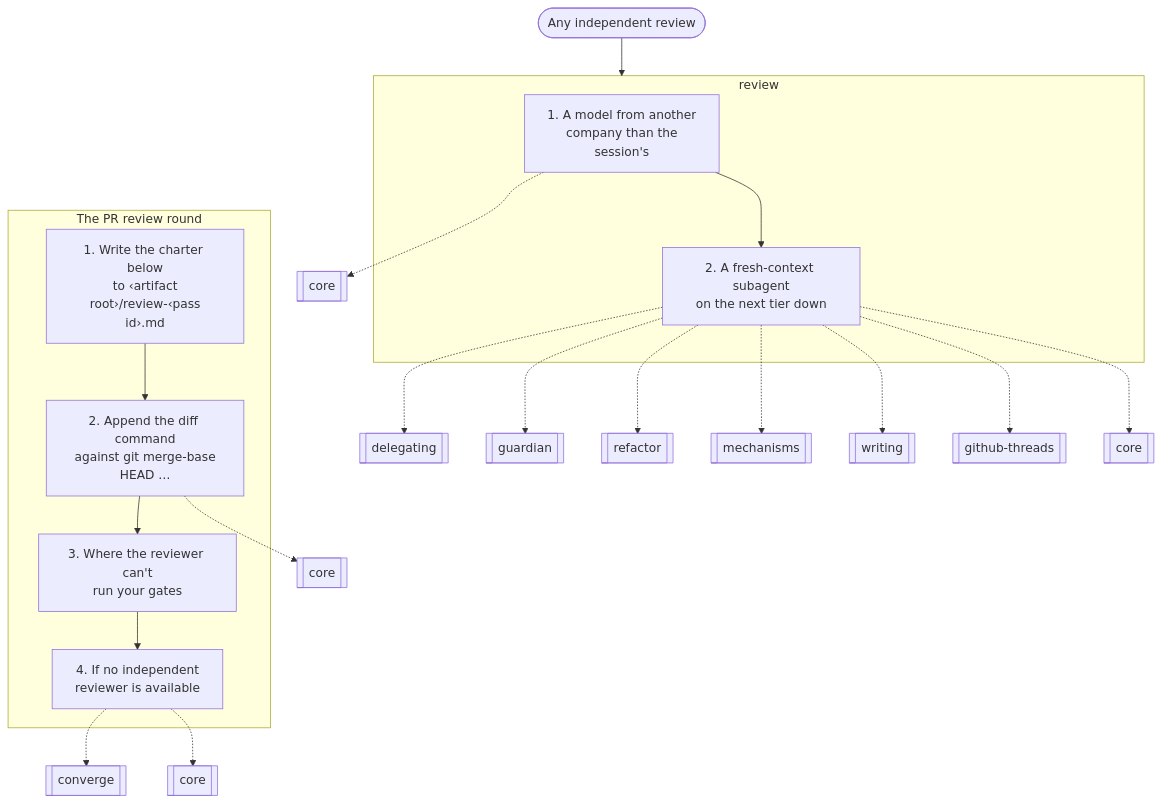
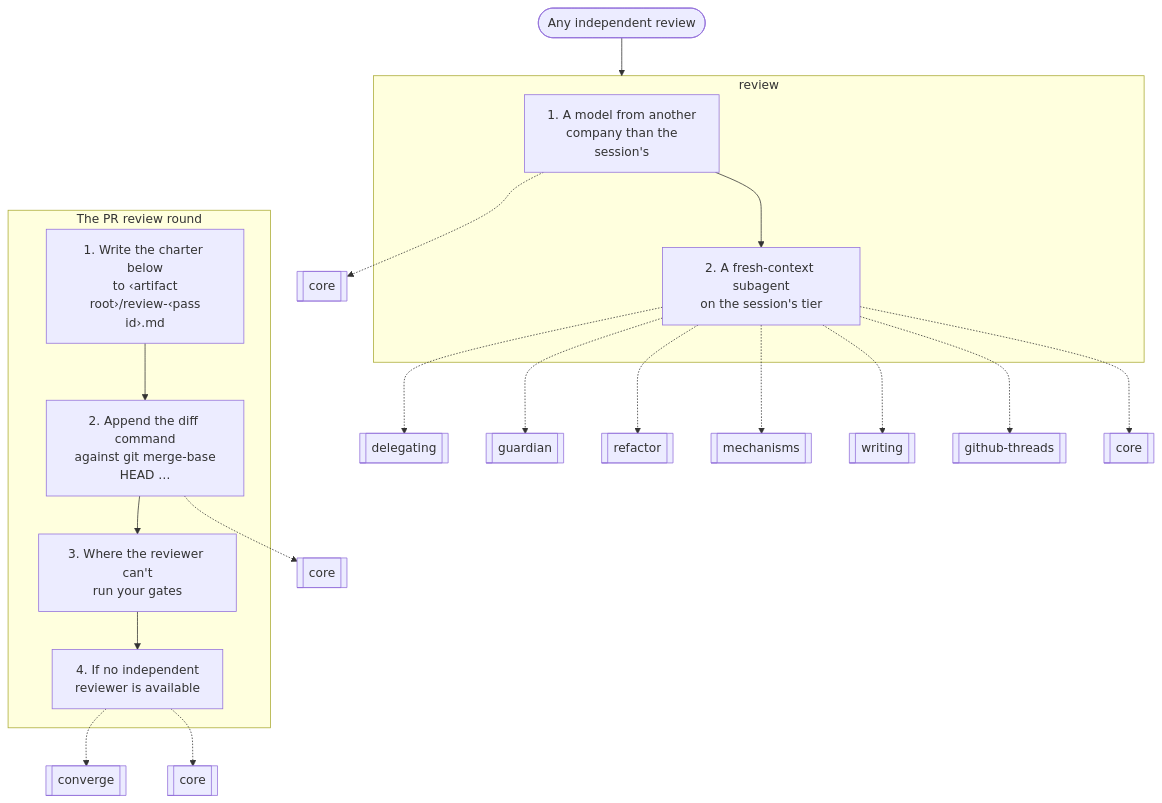
Before and after one commit to nitedani/mergeworthy: diagram 16 of 18 in docs/graphs.md, drawn with Mermaid. The commit also changed 14 other files, not shown here.

````diff
--- a/docs/graphs.md
+++ b/docs/graphs.md
@@ -461,31 +461,31 @@
 ```mermaid
 flowchart TB
   start(["Any independent review"])
   subgraph g0["review"]
     s0["1. A model from another<br/>company than the<br/>session's"]
-    s1["2. A fresh-context subagent<br/>on the next tier down"]
+    s1["2. A fresh-context subagent<br/>on the session's tier"]
     s0 --> s1
   end
   s0 -.-> r1[["core"]]
   s1 -.-> r2[["delegating"]]
   s1 -.-> r3[["guardian"]]
   s1 -.-> r4[["refactor"]]
   s1 -.-> r5[["mechanisms"]]
   s1 -.-> r6[["writing"]]
   s1 -.-> r7[["github-threads"]]
   s1 -.-> r8[["core"]]
   subgraph g1["The PR review round"]
     s2["1. Write the charter below<br/>to ‹artifact<br/>root›/review-‹pass<br/>id›.md"]
     s3["2. Append the diff command<br/>against git merge-base<br/>HEAD …"]
     s2 --> s3
     s4["3. Where the reviewer can't<br/>run your gates"]
     s3 --> s4
     s5["4. If no independent<br/>reviewer is available"]
     s4 --> s5
   end
   s3 -.-> r9[["core"]]
   s5 -.-> r10[["converge"]]
   s5 -.-> r11[["core"]]
   start --> g0
   g0 ~~~ g1
 ```
````
